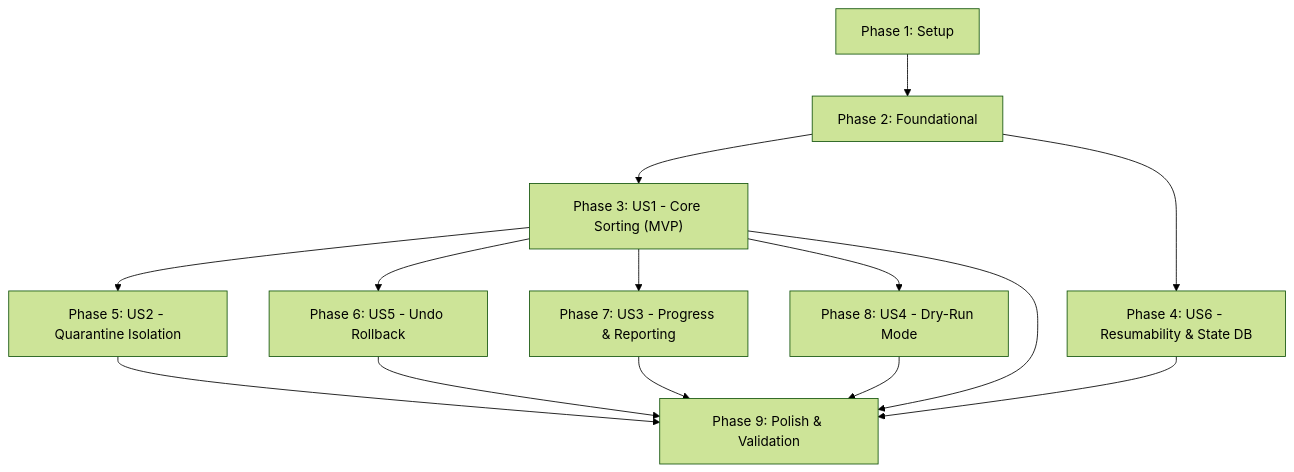
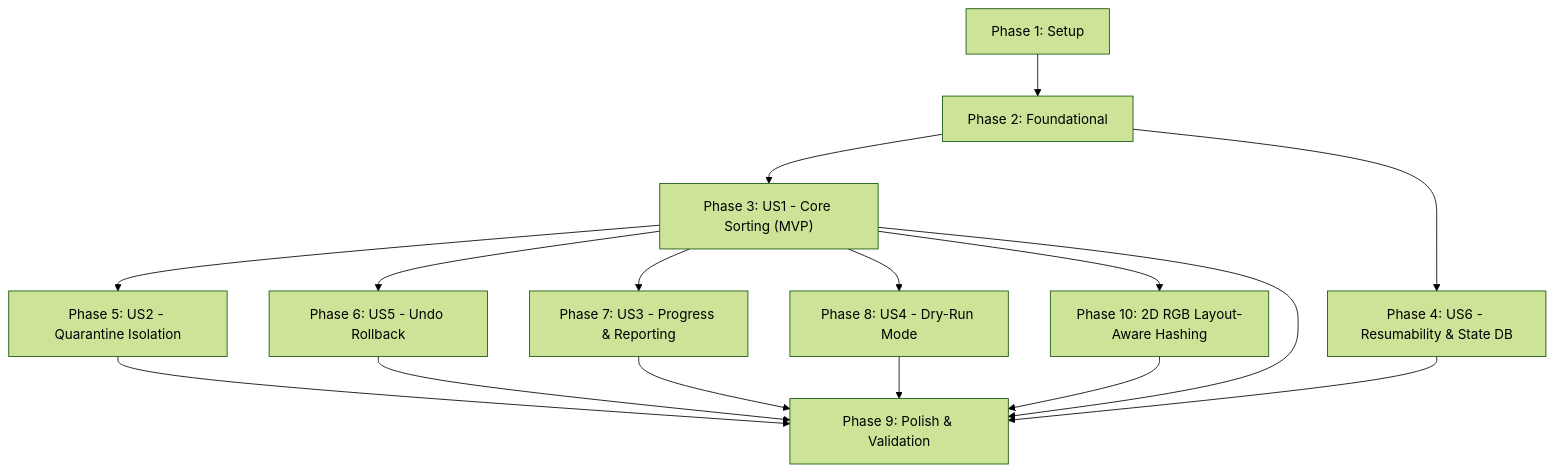
The diagram in specs/001-sidexis-dicom-recovery/tasks.md (Ahmed-Alaa-Gomaa-Mohammed/dcmsiv), drawn with Mermaid (forest theme) before and after one commit. The commit also changed other lines of this file and 9 other files, not shown here.

First line of the commit message:
feat: add 8-bit RGB BGR channel swap and pad byte sweep hashing (Phase 10, T041-T047)

````diff
--- a/specs/001-sidexis-dicom-recovery/tasks.md
+++ b/specs/001-sidexis-dicom-recovery/tasks.md
@@ -174,11 +195,12 @@
 ```mermaid
 flowchart TD
     P1["Phase 1: Setup"] --> P2["Phase 2: Foundational"]
     P2 --> US1["Phase 3: US1 - Core Sorting (MVP)"]
     P2 --> US6["Phase 4: US6 - Resumability & State DB"]
     US1 --> US2["Phase 5: US2 - Quarantine Isolation"]
     US1 --> US5["Phase 6: US5 - Undo Rollback"]
     US1 --> US3["Phase 7: US3 - Progress & Reporting"]
     US1 --> US4["Phase 8: US4 - Dry-Run Mode"]
-    US1 & US6 & US2 & US5 & US3 & US4 --> P9["Phase 9: Polish & Validation"]
+    US1 --> P10["Phase 10: 2D RGB Layout-Aware Hashing"]
+    US1 & US6 & US2 & US5 & US3 & US4 & P10 --> P9["Phase 9: Polish & Validation"]
 ```
````
